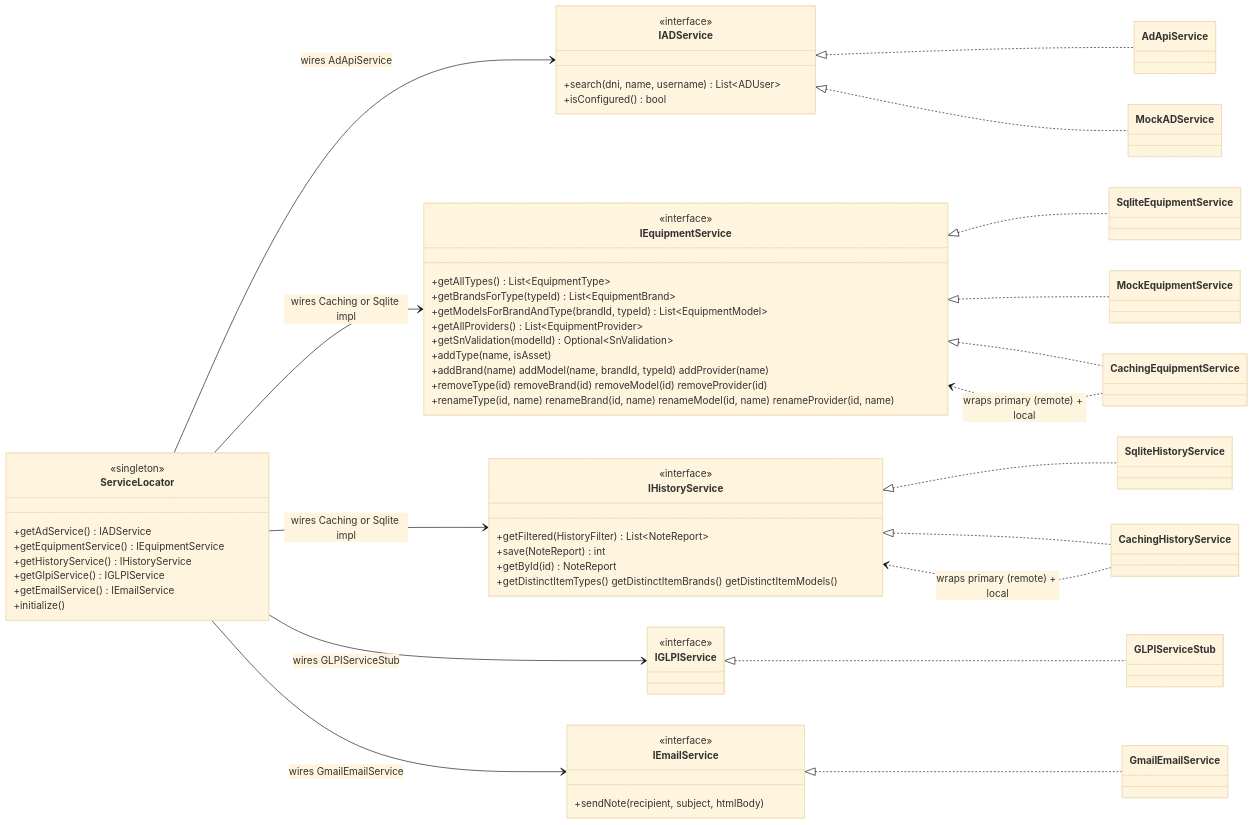
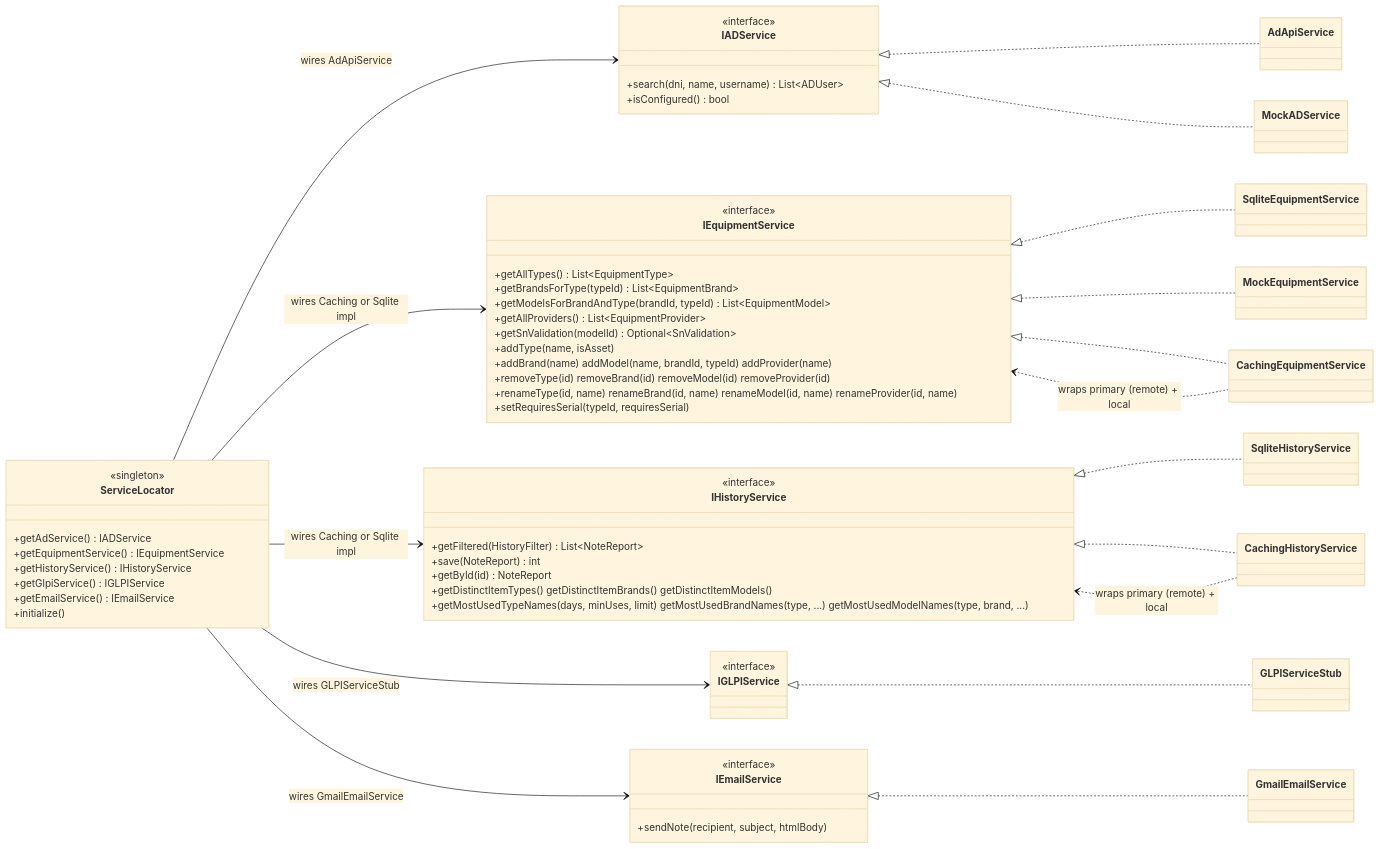
One commit to Bunshock/nexus-it changed the second of 3 diagrams in docs/architecture.md. Above: the diagram before and after it, drawn with Mermaid (base theme). The commit also changed other lines of this file and 5 other files, not shown here.

````diff
--- a/docs/architecture.md
+++ b/docs/architecture.md
@@ -170,76 +170,78 @@
 ```mermaid
 
 classDiagram
     direction LR
 
     class IADService {
         <<interface>>
         +search(dni, name, username) List~ADUser~
         +isConfigured() bool
     }
     class AdApiService
     class MockADService
     IADService <|.. AdApiService
     IADService <|.. MockADService
 
     class IEquipmentService {
         <<interface>>
         +getAllTypes() List~EquipmentType~
         +getBrandsForType(typeId) List~EquipmentBrand~
         +getModelsForBrandAndType(brandId, typeId) List~EquipmentModel~
         +getAllProviders() List~EquipmentProvider~
         +getSnValidation(modelId) Optional~SnValidation~
         +addType(name, isAsset)
         +addBrand(name) addModel(name, brandId, typeId) addProvider(name)
         +removeType(id) removeBrand(id) removeModel(id) removeProvider(id)
         +renameType(id, name) renameBrand(id, name) renameModel(id, name) renameProvider(id, name)
+        +setRequiresSerial(typeId, requiresSerial)
     }
     class SqliteEquipmentService
     class MockEquipmentService
     class CachingEquipmentService
     IEquipmentService <|.. SqliteEquipmentService
     IEquipmentService <|.. MockEquipmentService
     IEquipmentService <|.. CachingEquipmentService
     CachingEquipmentService ..> IEquipmentService : wraps primary (remote) + local
 
     class IHistoryService {
         <<interface>>
         +getFiltered(HistoryFilter) List~NoteReport~
         +save(NoteReport) int
         +getById(id) NoteReport
         +getDistinctItemTypes() getDistinctItemBrands() getDistinctItemModels()
+        +getMostUsedTypeNames(days, minUses, limit) getMostUsedBrandNames(type, ...) getMostUsedModelNames(type, brand, ...)
     }
     class SqliteHistoryService
     class CachingHistoryService
     IHistoryService <|.. SqliteHistoryService
     IHistoryService <|.. CachingHistoryService
     CachingHistoryService ..> IHistoryService : wraps primary (remote) + local
 
     class IGLPIService {
         <<interface>>
     }
     class GLPIServiceStub
     IGLPIService <|.. GLPIServiceStub
 
     class IEmailService {
         <<interface>>
         +sendNote(recipient, subject, htmlBody)
     }
     class GmailEmailService
     IEmailService <|.. GmailEmailService
 
     class ServiceLocator {
         <<singleton>>
         +getAdService() IADService
         +getEquipmentService() IEquipmentService
         +getHistoryService() IHistoryService
         +getGlpiService() IGLPIService
         +getEmailService() IEmailService
         +initialize()
     }
     ServiceLocator --> IADService : wires AdApiService
     ServiceLocator --> IEquipmentService : wires Caching or Sqlite impl
     ServiceLocator --> IHistoryService : wires Caching or Sqlite impl
     ServiceLocator --> IGLPIService : wires GLPIServiceStub
     ServiceLocator --> IEmailService : wires GmailEmailService
 ```
````
